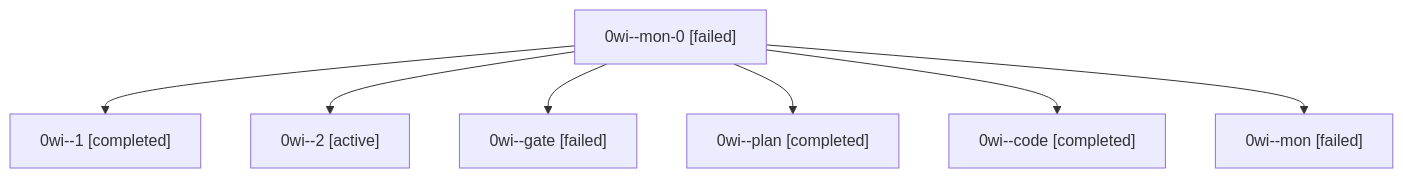
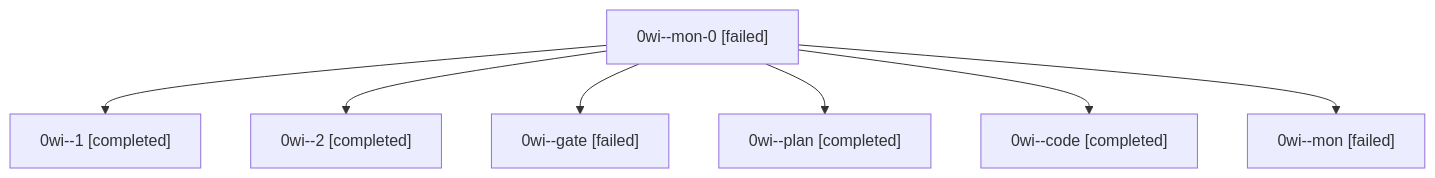
One commit to bobs-org/bob-cli--agents changed the diagram in sessions/bbugyi200.athena.0wi.md. Above: the diagram before and after it, drawn with Mermaid. The commit also changed other lines of this file and 31 other files, not shown here.

````diff
--- a/sessions/bbugyi200.athena.0wi.md
+++ b/sessions/bbugyi200.athena.0wi.md
@@ -9,16 +9,16 @@
 ```mermaid
 flowchart TD
   n0["0wi--mon-0 [failed]"]
   n1["0wi--1 [completed]"]
   n0 --> n1
-  n2["0wi--2 [active]"]
+  n2["0wi--2 [completed]"]
   n0 --> n2
   n3["0wi--gate [failed]"]
   n0 --> n3
   n4["0wi--plan [completed]"]
   n0 --> n4
   n5["0wi--code [completed]"]
   n0 --> n5
   n6["0wi--mon [failed]"]
   n0 --> n6
 ```
````
